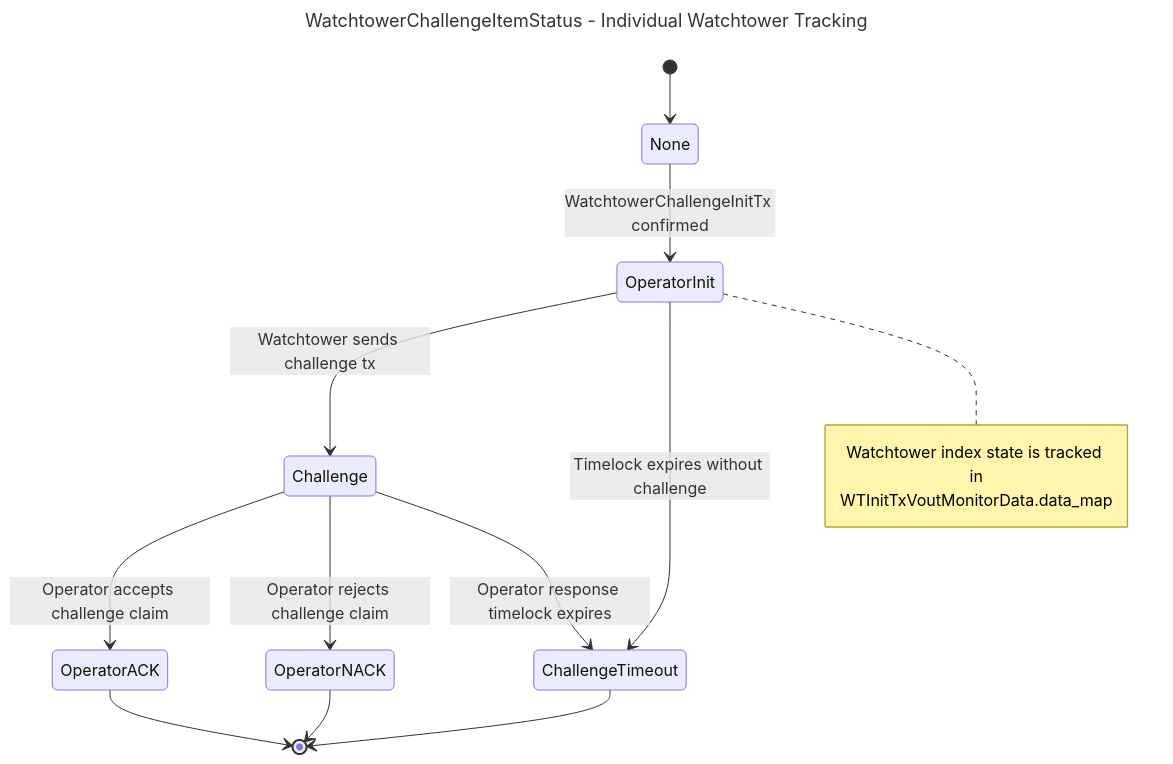
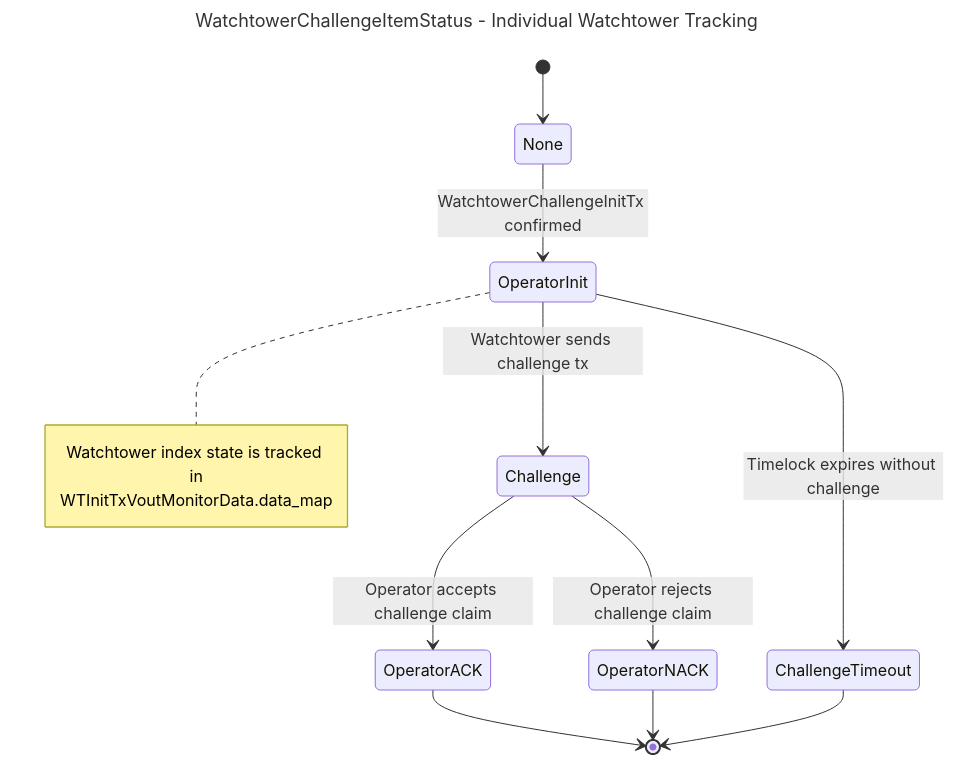
Before and after one commit to GOATNetwork/bitvm2-node: the fifth of 5 diagrams in node/README.md, drawn with Mermaid. The commit also changed other lines of this file and 2 other files, not shown here.

````diff
--- a/node/README.md
+++ b/node/README.md
@@ -141,25 +160,24 @@
 ```mermaid
 ---
 title: WatchtowerChallengeItemStatus - Individual Watchtower Tracking
 ---
 stateDiagram-v2
     [*] --> None
     
     None --> OperatorInit: WatchtowerChallengeInitTx confirmed
     
     OperatorInit --> Challenge: Watchtower sends challenge tx
     OperatorInit --> ChallengeTimeout: Timelock expires without challenge
     
     Challenge --> OperatorACK: Operator accepts challenge claim
     Challenge --> OperatorNACK: Operator rejects challenge claim
-    Challenge --> ChallengeTimeout: Operator response timelock expires
     
     OperatorACK --> [*]
     OperatorNACK --> [*]
     ChallengeTimeout --> [*]
     
     note right of OperatorInit
         Watchtower index state is tracked in
         WTInitTxVoutMonitorData.data_map
     end note
 ```
````
